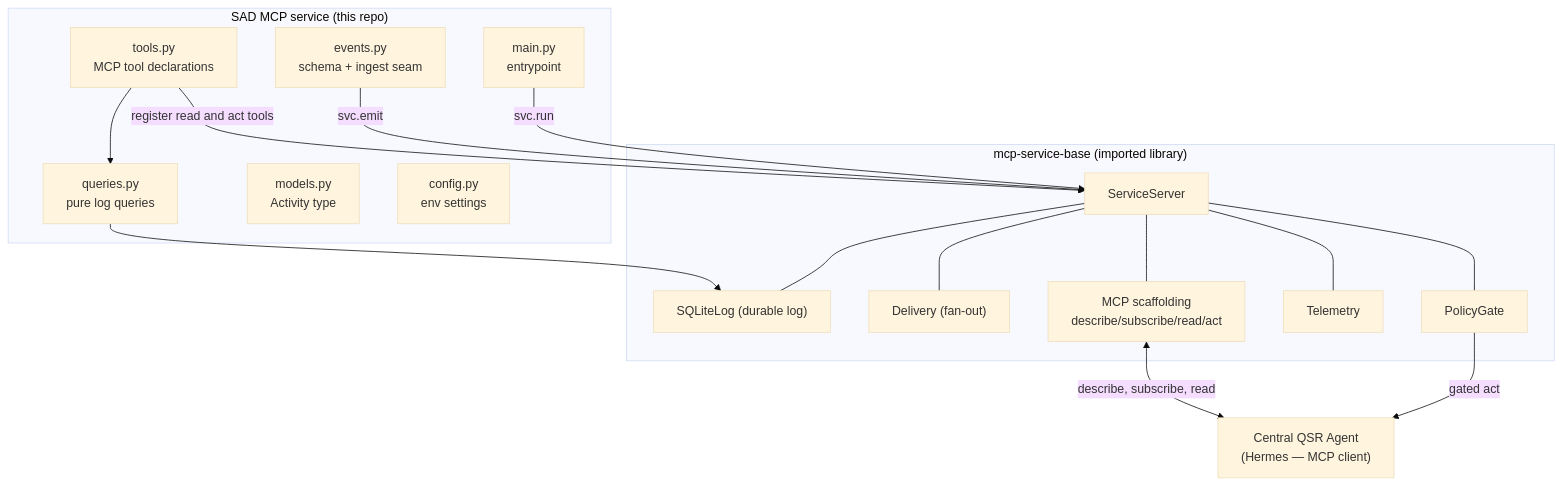
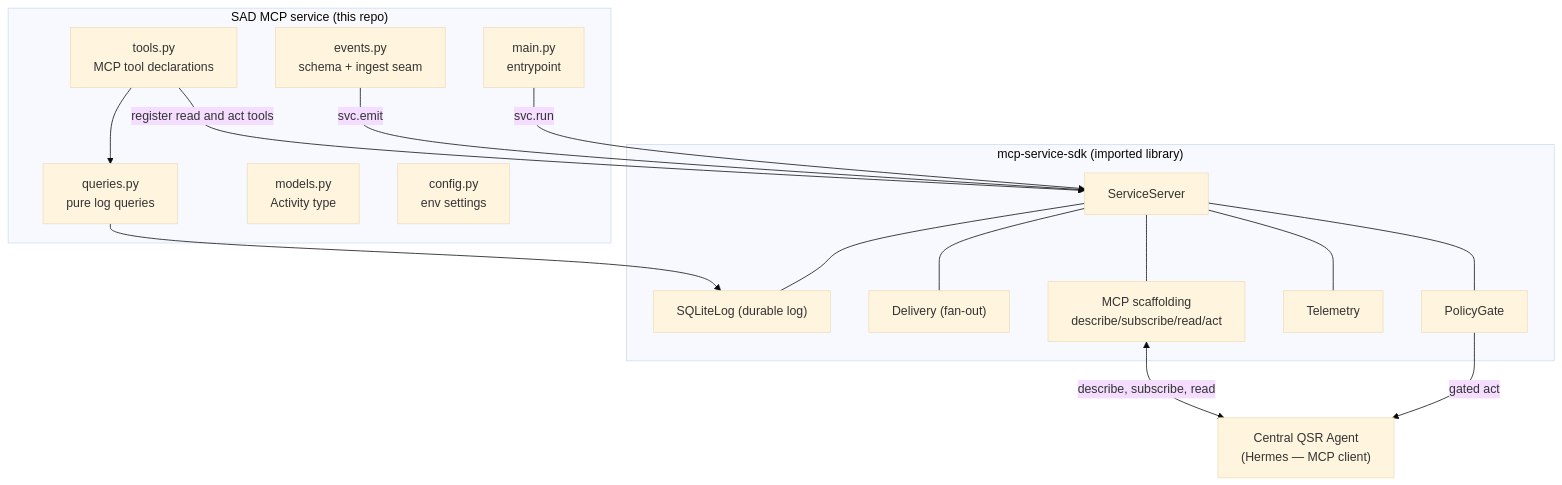
The first of 3 diagrams in suspicious-activity-detection/mcp-service/INTEGRATION.md (sachinkaushik/storewide-loss-prevention), drawn with Mermaid (base theme) before and after one commit. The commit also changed other lines of this file and 14 other files, not shown here.

````diff
--- a/suspicious-activity-detection/mcp-service/INTEGRATION.md
+++ b/suspicious-activity-detection/mcp-service/INTEGRATION.md
@@ -33,28 +34,28 @@
 ```mermaid
 flowchart TB
     subgraph SAD["SAD MCP service (this repo)"]
         TOOLS["tools.py<br/>MCP tool declarations"]
         QUERIES["queries.py<br/>pure log queries"]
         EVENTS["events.py<br/>schema + ingest seam"]
         MODELS["models.py<br/>Activity type"]
         CONFIG["config.py<br/>env settings"]
         MAIN["main.py<br/>entrypoint"]
     end
-    subgraph BASE["mcp-service-base (imported library)"]
+    subgraph BASE["mcp-service-sdk (imported library)"]
         SS["ServiceServer"]
         LOG["SQLiteLog (durable log)"]
         DEL["Delivery (fan-out)"]
         POL["PolicyGate"]
         TEL["Telemetry"]
         MCP["MCP scaffolding<br/>describe/subscribe/read/act"]
     end
     AGENT["Central QSR Agent<br/>(Hermes — MCP client)"]
 
     TOOLS -->|register read and act tools| SS
     TOOLS --> QUERIES --> LOG
     EVENTS -->|svc.emit| SS
     MAIN -->|svc.run| SS
     SS --- LOG & DEL & POL & TEL & MCP
     MCP <-->|describe, subscribe, read| AGENT
     POL -->|gated act| AGENT
 ```
````
